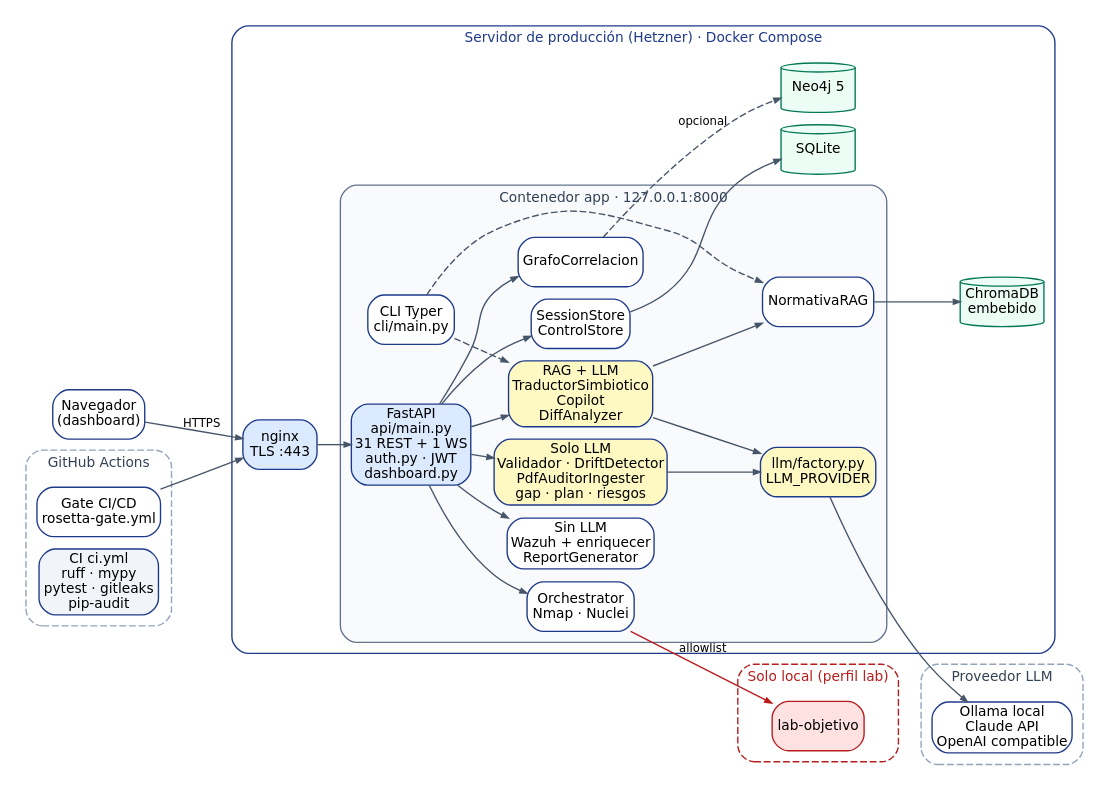
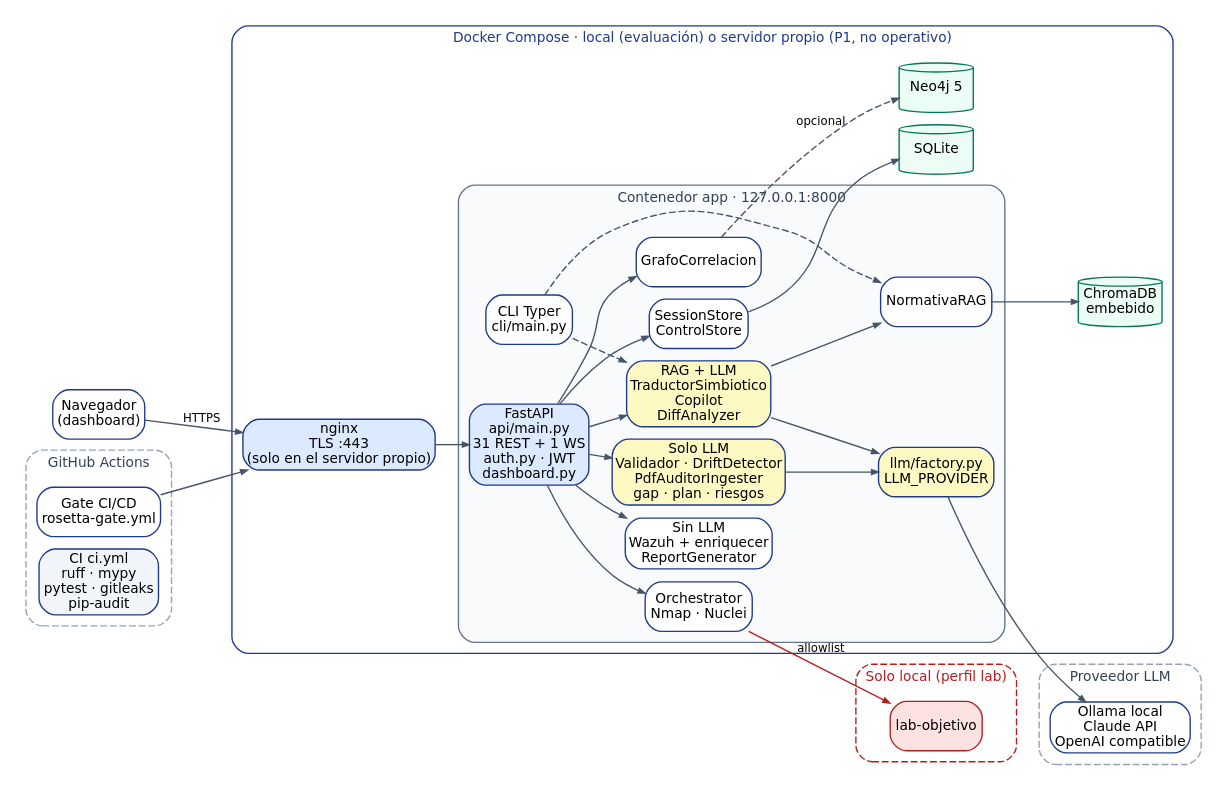
One commit to MichaelJTG/Rosetta changed the diagram in docs/memoria/diagramas/componentes.dot. Above: the diagram before and after it, drawn with Graphviz. The commit also changed 8 other files, not shown here.

First line of the commit message:
docs(p3): el despliegue en servidor propio pasa a historia y limitación

```diff
--- a/docs/memoria/diagramas/componentes.dot
+++ b/docs/memoria/diagramas/componentes.dot
@@ -1,72 +1,72 @@
 // Diagrama de componentes de ROSETTA (memoria P3, figura 1).
 // Comprobado contra los imports de src/rosetta/ (api/main.py, api/deps.py,
 // core/*, agents/validator.py, cli/main.py, llm/factory.py) y contra
 // .github/workflows/ y action/action.yml.
 // Regenerar: dot -Tsvg componentes.dot -o componentes.svg
 digraph rosetta {
   graph [rankdir=LR, fontname="DejaVu Sans", fontsize=10, nodesep=0.12, ranksep=0.22,
          newrank=true, pad=0.05];
   node  [shape=box, style="rounded,filled", fillcolor="#ffffff", color="#1e3a8a",
          fontname="DejaVu Sans", fontsize=10, margin="0.06,0.03"];
   edge  [color="#475569", fontname="DejaVu Sans", fontsize=8.5, arrowsize=0.5];
 
   nav  [label="Navegador\n(dashboard)"];
 
   subgraph cluster_github {
     label="GitHub Actions"; style="rounded,dashed"; color="#94a3b8"; fontcolor="#334155";
     gate [label="Gate CI/CD\nrosetta-gate.yml"];
     ci   [label="CI ci.yml\nruff · mypy\npytest · gitleaks\npip-audit", fillcolor="#f1f5f9"];
   }
 
   subgraph cluster_server {
-    label="Servidor de producción (Hetzner) · Docker Compose"; style="rounded"; color="#1e3a8a";
+    label="Docker Compose · local (evaluación) o servidor propio (P1, no operativo)"; style="rounded"; color="#1e3a8a";
     fontcolor="#1e3a8a";
 
-    nginx [label="nginx\nTLS :443", fillcolor="#dbeafe"];
+    nginx [label="nginx\nTLS :443\n(solo en el servidor propio)", fillcolor="#dbeafe"];
 
     subgraph cluster_app {
       label="Contenedor app · 127.0.0.1:8000"; style="rounded,filled"; fillcolor="#f8fafc";
       color="#64748b"; fontcolor="#334155";
       api [label="FastAPI\napi/main.py\n31 REST + 1 WS\nauth.py · JWT\ndashboard.py", fillcolor="#dbeafe"];
       cli [label="CLI Typer\ncli/main.py"];
 
       raglm [label="RAG + LLM\nTraductorSimbiotico\nCopilot\nDiffAnalyzer", fillcolor="#fef9c3"];
       lmonly [label="Solo LLM\nValidador · DriftDetector\nPdfAuditorIngester\ngap · plan · riesgos", fillcolor="#fef9c3"];
       orch  [label="Orchestrator\nNmap · Nuclei"];
       det   [label="Sin LLM\nWazuh + enriquecer\nReportGenerator"];
       stores[label="SessionStore\nControlStore"];
       grafo [label="GrafoCorrelacion"];
 
       rag   [label="NormativaRAG"];
       llmf  [label="llm/factory.py\nLLM_PROVIDER", fillcolor="#fef9c3"];
     }
 
     chroma [label="ChromaDB\nembebido", shape=cylinder, fillcolor="#ecfdf5", color="#047857"];
     sqlite [label="SQLite", shape=cylinder, fillcolor="#ecfdf5", color="#047857"];
     neo4j  [label="Neo4j 5", shape=cylinder, fillcolor="#ecfdf5", color="#047857"];
   }
 
   subgraph cluster_llm {
     label="Proveedor LLM"; style="rounded,dashed"; color="#94a3b8"; fontcolor="#334155";
     prov [label="Ollama local\nClaude API\nOpenAI compatible"];
   }
 
   subgraph cluster_lab {
     label="Solo local (perfil lab)"; style="rounded,dashed"; color="#b91c1c"; fontcolor="#b91c1c";
     lab [label="lab-objetivo", fillcolor="#fee2e2", color="#b91c1c"];
   }
 
   nav  -> nginx [label="HTTPS"];
   gate -> nginx;
   nginx -> api;
 
   api -> raglm; api -> lmonly; api -> orch; api -> det; api -> stores; api -> grafo;
   cli -> raglm [style=dashed]; cli -> rag [style=dashed];
 
   raglm -> rag; raglm -> llmf; lmonly -> llmf;
   rag -> chroma;
   stores -> sqlite;
   grafo -> neo4j [style=dashed, label="opcional"];
   llmf -> prov;
   orch -> lab [color="#b91c1c", label="allowlist"];
 }
```
